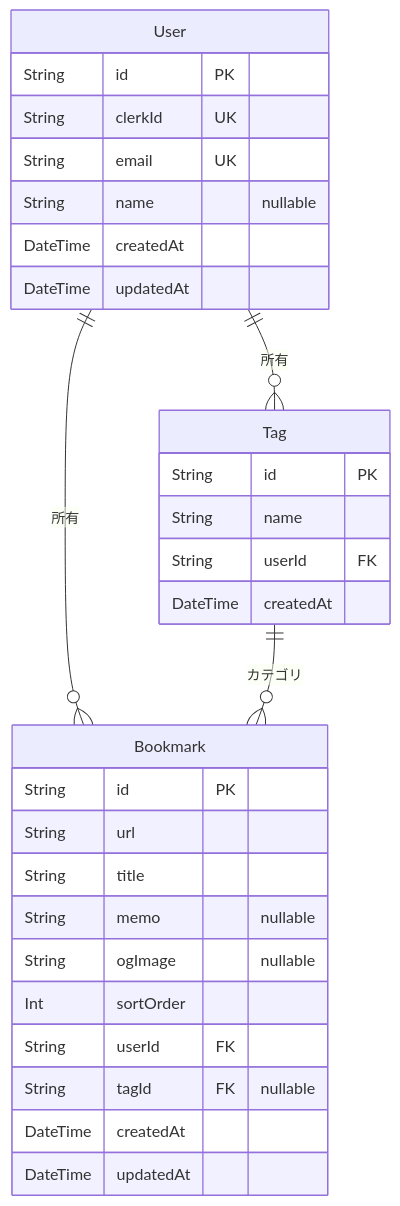
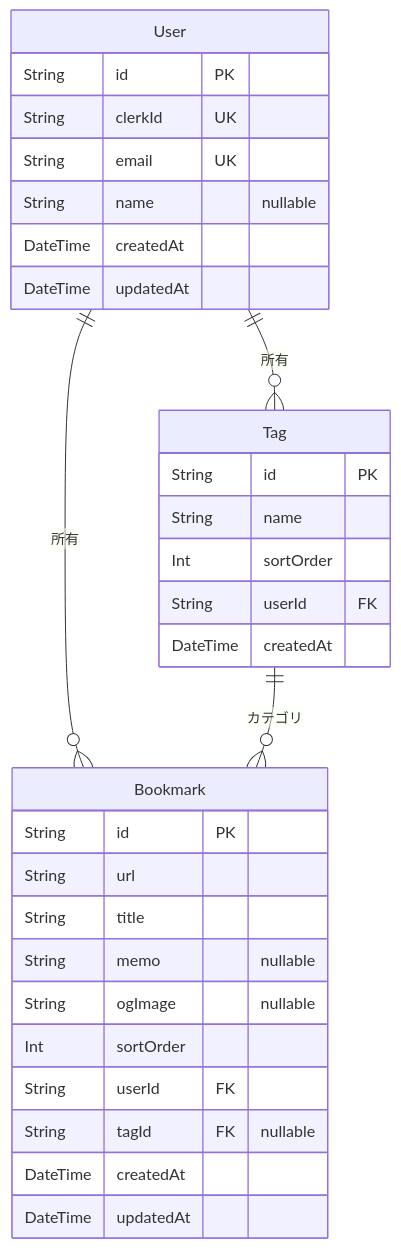
One commit to ot-nemoto/link-hub changed the diagram in docs/schema.md. Above: the diagram before and after it, drawn with Mermaid. The commit also changed other lines of this file, not shown here.

Commit message:
fix: docs/schema.md に Tag.sortOrder を追記（スキーマ抜粋・mermaid図・テーブル定義）

````diff
--- a/docs/schema.md
+++ b/docs/schema.md
@@ -69,33 +70,34 @@
 ```mermaid
 erDiagram
     User {
         String id PK
         String clerkId UK
         String email UK
         String name "nullable"
         DateTime createdAt
         DateTime updatedAt
     }
     Bookmark {
         String id PK
         String url
         String title
         String memo "nullable"
         String ogImage "nullable"
         Int sortOrder
         String userId FK
         String tagId FK "nullable"
         DateTime createdAt
         DateTime updatedAt
     }
     Tag {
         String id PK
         String name
+        Int sortOrder
         String userId FK
         DateTime createdAt
     }
 
     User ||--o{ Bookmark : "所有"
     User ||--o{ Tag : "所有"
     Tag ||--o{ Bookmark : "カテゴリ"
 ```
````
